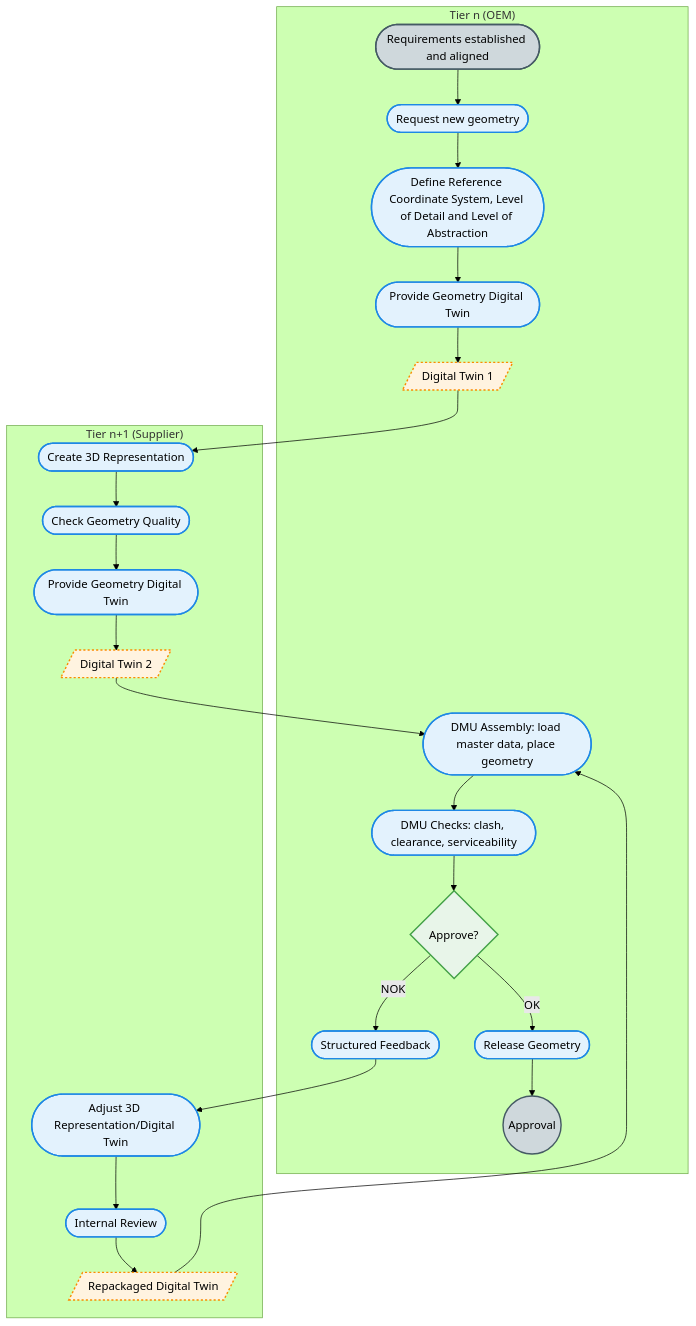
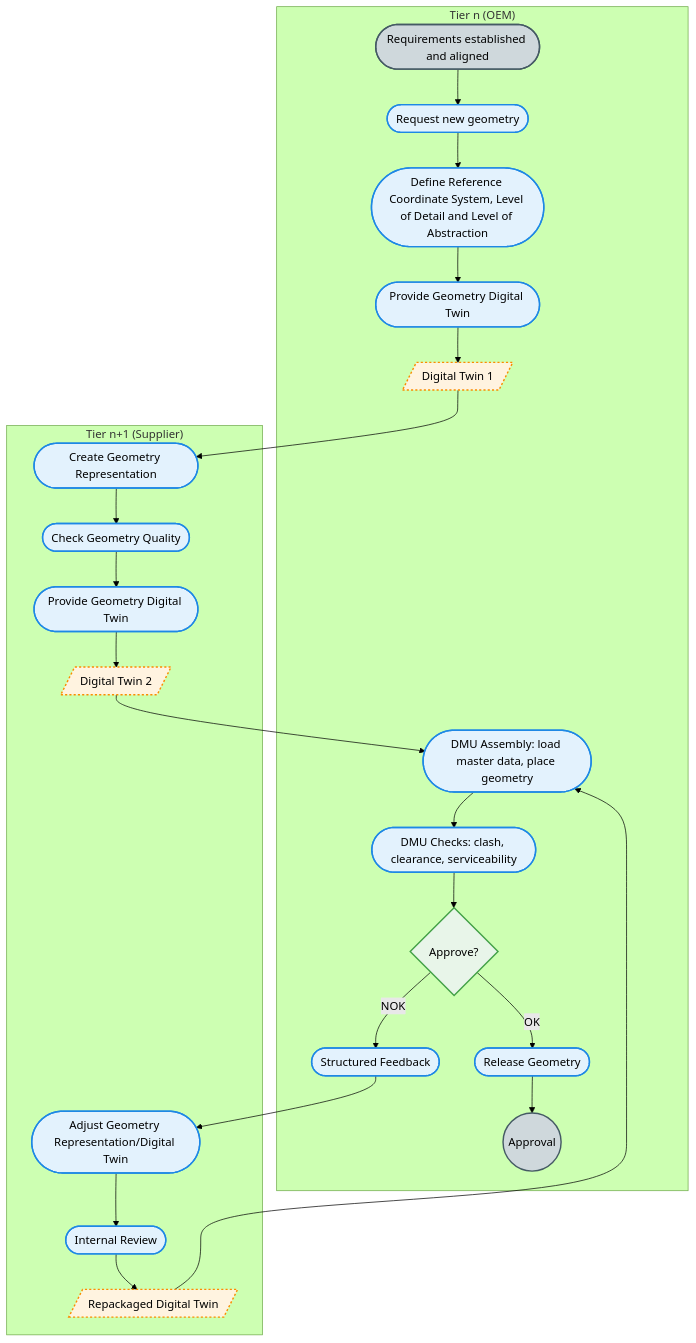
The first of 4 diagrams in docs-kits/kits/geometry-kit/adoption-view.md (MartinEnders/eclipse-tractusx.github.io), drawn with Mermaid (forest theme) before and after one commit. The commit also changed other lines of this file, not shown here.

`````diff
--- a/docs-kits/kits/geometry-kit/adoption-view.md
+++ b/docs-kits/kits/geometry-kit/adoption-view.md
@@ -53,67 +53,67 @@
 ```mermaid 
-flowchart TB
+flowchart 
  subgraph OEM["Tier n (OEM)"]
         o_start(["Requirements established and aligned"])
         o_req(["Request new geometry"])
         o_provide(["Provide Geometry Digital Twin"])
         o_define(["Define Reference Coordinate System, Level of Detail and Level of Abstraction"])
         o_package[/"Digital Twin 1"/]
         o_assemble(["DMU Assembly: load master data, place geometry"])
         o_analysis(["DMU Checks: clash, clearance, serviceability"])
         o_gate{"Approve?"}
         o_release(["Release Geometry"])
         o_approval(("Approval"))
         o_feedback(["Structured Feedback"])
   end
  subgraph SUP["Tier n+1 (Supplier)"]
-        s_create(["Create 3D Representation"])
+        s_create(["Create Geometry Representation"])
         s_provide(["Provide Geometry Digital Twin"])
         s_check(["Check Geometry Quality"])
         s_pack[/"Digital Twin 2"/]
-        s_adjust(["Adjust 3D Representation/Digital Twin"])
+        s_adjust(["Adjust Geometry Representation/Digital Twin"])
         s_review(["Internal Review"])
         s_pack2[/"Repackaged Digital Twin"/]
   end
     o_start --> o_req
     o_req --> o_define
     o_define --> o_provide
     o_provide --> o_package
     s_create --> s_check
     s_check --> s_provide
     s_provide --> s_pack
     s_pack --> o_assemble
     o_assemble --> o_analysis
     o_analysis --> o_gate
     o_gate -- OK --> o_release
     o_release --> o_approval
     o_gate -- NOK --> o_feedback
     o_feedback --> s_adjust
     s_adjust --> s_review
     s_review --> s_pack2
     s_pack2 --> o_assemble
     o_package --> s_create
      o_start:::terminal
      o_req:::activity
      o_provide:::activity
      o_define:::activity
      o_package:::artifact
      o_assemble:::activity
      o_analysis:::activity
      o_gate:::gateway
      o_release:::activity
      o_approval:::terminal
      o_feedback:::activity
      s_create:::activity
      s_check:::activity
      s_pack:::artifact
      s_adjust:::activity
      s_review:::activity
      s_pack2:::artifact
      s_provide:::activity
     classDef activity fill:#E3F2FD,stroke:#1E88E5,stroke-width:2, color:#000
     classDef gateway fill:#E8F5E9,stroke:#43A047,stroke-width:2, color:#000
     classDef checklist fill:#F3E5F5,stroke:#8E24AA,stroke-dasharray:2 2, color:#000
     classDef exchange fill:#FCE4EC, stroke:#D81B60, stroke-width:2, color:#000
     classDef terminal fill:#CFD8DC, stroke:#455A64, stroke-width:2, color:#000
     classDef artifact fill:#FFF3E0, stroke:#FB8C00, stroke-width:2, stroke-dasharray:3 3, color:#000
 ````
`````
